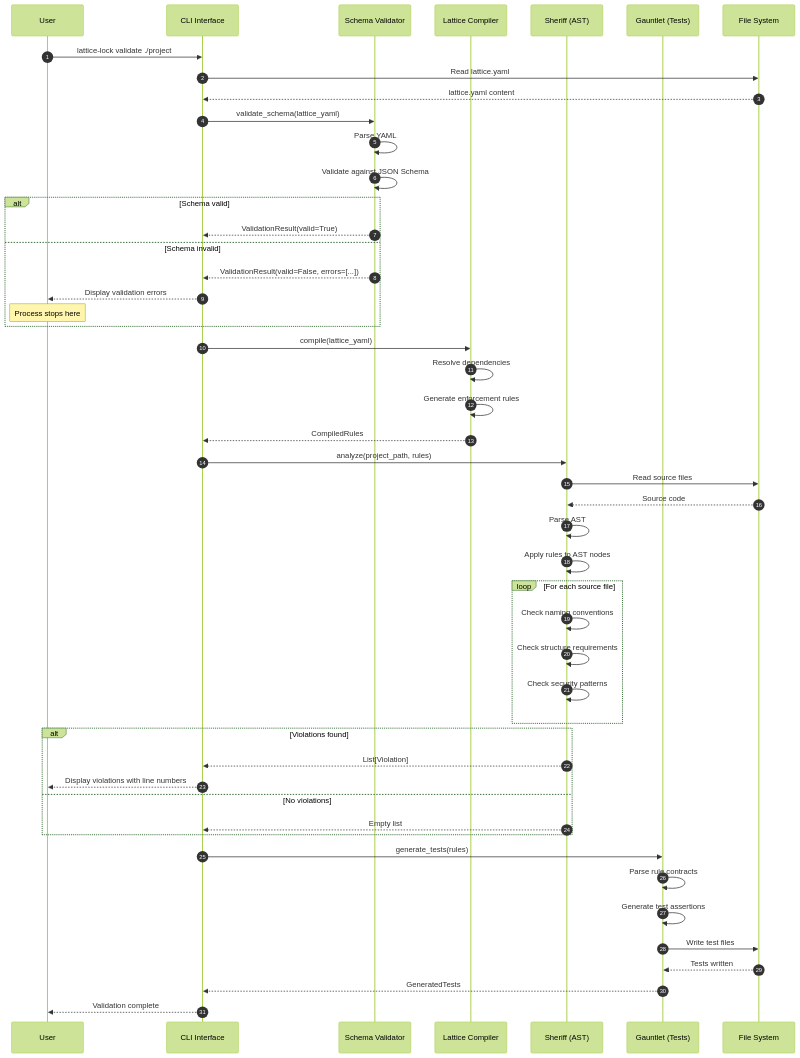
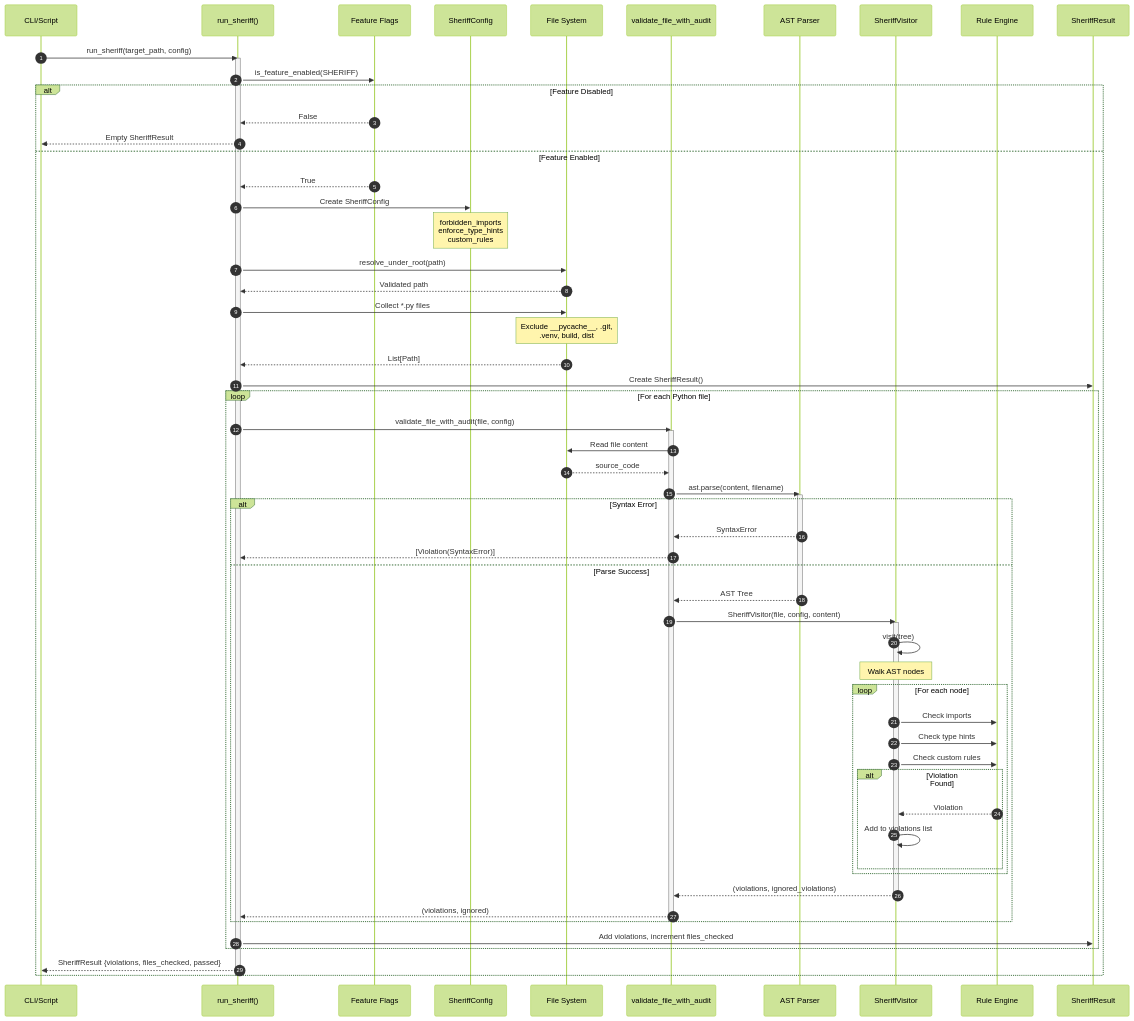
The fifth of 10 diagrams in docs/architecture/sequence_diagrams.md (klappe-pm/_lattice_lock_framework), drawn with Mermaid (forest theme) before and after one commit. The commit also changed other lines of this file and 203 other files, not shown here.

Commit message:
docs: standardize diagrams, implement full diagram suite, and map metadata

````diff
--- a/docs/architecture/sequence_diagrams.md
+++ b/docs/architecture/sequence_diagrams.md
@@ -63,60 +266,84 @@
 ```mermaid
 sequenceDiagram
     autonumber
-    participant User
-    participant CLI as CLI Interface
-    participant Validator as Schema Validator
-    participant Compiler as Lattice Compiler
-    participant Sheriff as Sheriff (AST)
-    participant Gauntlet as Gauntlet (Tests)
-    participant FS as File System
+    participant CLI as CLI/Script
+    participant Sheriff as run_sheriff()
+    participant FeatureFlag as Feature Flags
+    participant Config as SheriffConfig
+    participant FileSystem as File System
+    participant Validator as validate_file_with_audit
+    participant Parser as AST Parser
+    participant Visitor as SheriffVisitor
+    participant Rules as Rule Engine
+    participant Result as SheriffResult
 
-    User->>CLI: lattice-lock validate ./project
-    CLI->>FS: Read lattice.yaml
-    FS-->>CLI: lattice.yaml content
+    CLI->>Sheriff: run_sheriff(target_path, config)
 
-    CLI->>Validator: validate_schema(lattice_yaml)
-    Validator->>Validator: Parse YAML
-    Validator->>Validator: Validate against JSON Schema
+    activate Sheriff
+    Sheriff->>FeatureFlag: is_feature_enabled(SHERIFF)
 
-    alt Schema valid
-        Validator-->>CLI: ValidationResult(valid=True)
-    else Schema invalid
-        Validator-->>CLI: ValidationResult(valid=False, errors=[...])
-        CLI-->>User: Display validation errors
-        Note over User: Process stops here
+    alt Feature Disabled
+        FeatureFlag-->>Sheriff: False
+        Sheriff-->>CLI: Empty SheriffResult
+    else Feature Enabled
+        FeatureFlag-->>Sheriff: True
+
+        Sheriff->>Config: Create SheriffConfig
+        Note over Config: forbidden_imports<br/>enforce_type_hints<br/>custom_rules
+
+        Sheriff->>FileSystem: resolve_under_root(path)
+        FileSystem-->>Sheriff: Validated path
+
+        Sheriff->>FileSystem: Collect *.py files
+        Note over FileSystem: Exclude __pycache__, .git,<br/>.venv, build, dist
+        FileSystem-->>Sheriff: List[Path]
+
+        Sheriff->>Result: Create SheriffResult()
+
+        loop For each Python file
+            Sheriff->>Validator: validate_file_with_audit(file, config)
+            activate Validator
+
+            Validator->>FileSystem: Read file content
+            FileSystem-->>Validator: source_code
+
+            Validator->>Parser: ast.parse(content, filename)
+            activate Parser
+
+            alt Syntax Error
+                Parser-->>Validator: SyntaxError
+                Validator-->>Sheriff: [Violation(SyntaxError)]
+            else Parse Success
+                Parser-->>Validator: AST Tree
+                deactivate Parser
+
+                Validator->>Visitor: SheriffVisitor(file, config, content)
+                activate Visitor
+                Visitor->>Visitor: visit(tree)
+
+                Note over Visitor: Walk AST nodes
+
+                loop For each node
+                    Visitor->>Rules: Check imports
+                    Visitor->>Rules: Check type hints
+                    Visitor->>Rules: Check custom rules
+
+                    alt Violation Found
+                        Rules-->>Visitor: Violation
+                        Visitor->>Visitor: Add to violations list
+                    end
+                end
+
+                Visitor-->>Validator: (violations, ignored_violations)
+                deactivate Visitor
+                Validator-->>Sheriff: (violations, ignored)
+            end
+            deactivate Validator
+
+            Sheriff->>Result: Add violations, increment files_checked
+        end
+
+        Sheriff-->>CLI: SheriffResult {violations, files_checked, passed}
     end
-
-    CLI->>Compiler: compile(lattice_yaml)
-    Compiler->>Compiler: Resolve dependencies
-    Compiler->>Compiler: Generate enforcement rules
-    Compiler-->>CLI: CompiledRules
-
-    CLI->>Sheriff: analyze(project_path, rules)
-    Sheriff->>FS: Read source files
-    FS-->>Sheriff: Source code
-    Sheriff->>Sheriff: Parse AST
-    Sheriff->>Sheriff: Apply rules to AST nodes
-
-    loop For each source file
-        Sheriff->>Sheriff: Check naming conventions
-        Sheriff->>Sheriff: Check structure requirements
-        Sheriff->>Sheriff: Check security patterns
-    end
-
-    alt Violations found
-        Sheriff-->>CLI: List[Violation]
-        CLI-->>User: Display violations with line numbers
-    else No violations
-        Sheriff-->>CLI: Empty list
-    end
-
-    CLI->>Gauntlet: generate_tests(rules)
-    Gauntlet->>Gauntlet: Parse rule contracts
-    Gauntlet->>Gauntlet: Generate test assertions
-    Gauntlet->>FS: Write test files
-    FS-->>Gauntlet: Tests written
-    Gauntlet-->>CLI: GeneratedTests
-
-    CLI-->>User: Validation complete
+    deactivate Sheriff
 ```
````
